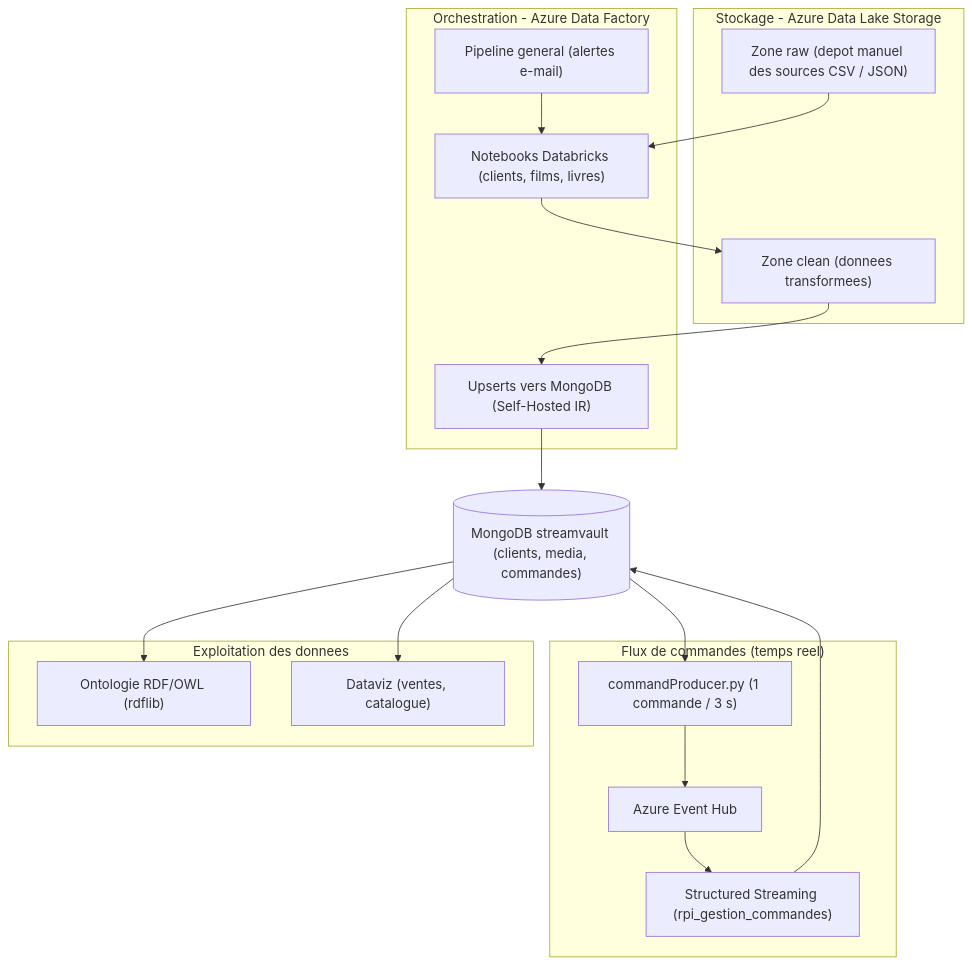
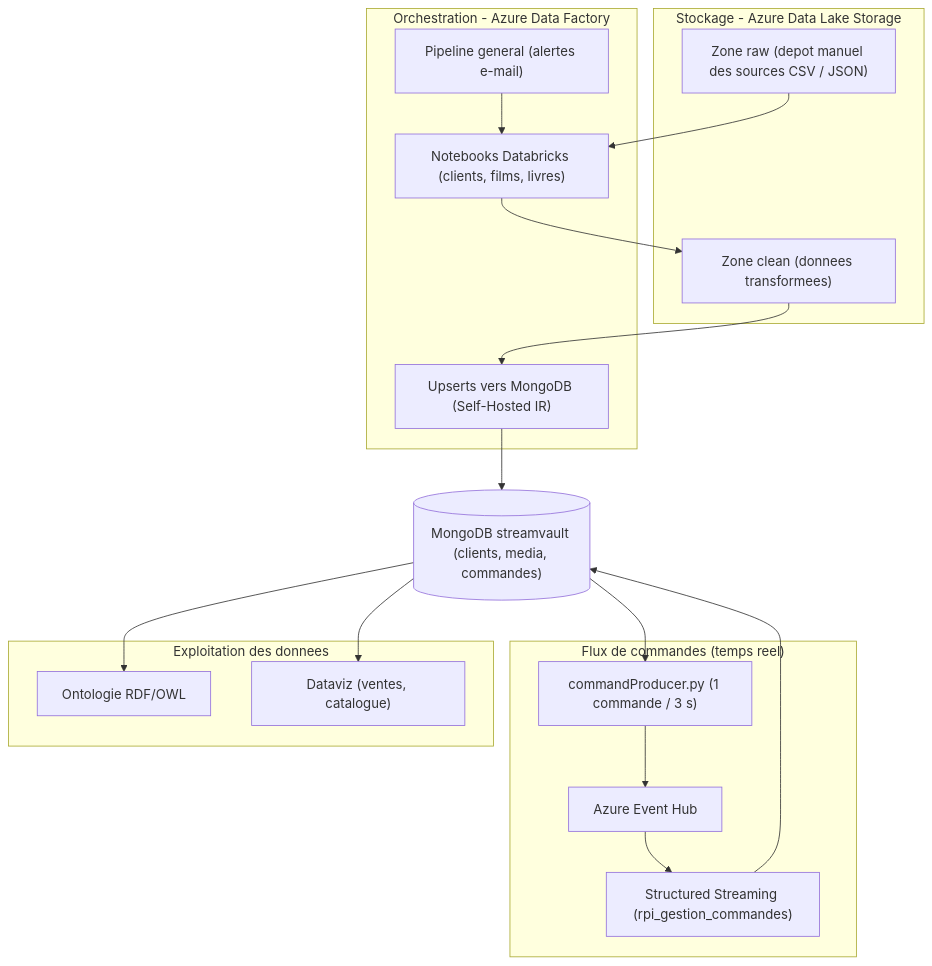
The diagram in README.md (TheRealRPI/simplon-streamvault-pipeline-adf), drawn with Mermaid before and after one commit. The commit also changed other lines of this file and 5 other files, not shown here.

````diff
--- a/README.md
+++ b/README.md
@@ -42,31 +42,31 @@
 ```mermaid
 flowchart TD
     subgraph Stockage["Stockage - Azure Data Lake Storage"]
         RAW["Zone raw (depot manuel des sources CSV / JSON)"]
         CLEAN["Zone clean (donnees transformees)"]
     end
 
     subgraph ADF["Orchestration - Azure Data Factory"]
         GEN["Pipeline general (alertes e-mail)"]
         NBK["Notebooks Databricks (clients, films, livres)"]
         UPS["Upserts vers MongoDB (Self-Hosted IR)"]
     end
 
     subgraph Flux["Flux de commandes (temps reel)"]
         PROD["commandProducer.py (1 commande / 3 s)"]
         EH["Azure Event Hub"]
         STREAM["Structured Streaming (rpi_gestion_commandes)"]
     end
 
     subgraph Exploitation["Exploitation des donnees"]
-        RDF["Ontologie RDF/OWL (rdflib)"]
+        RDF["Ontologie RDF/OWL"]
         VIZ["Dataviz (ventes, catalogue)"]
     end
 
     GEN --> NBK
     RAW --> NBK --> CLEAN --> UPS
     UPS --> MONGO[("MongoDB streamvault (clients, media, commandes)")]
     MONGO --> PROD --> EH --> STREAM --> MONGO
     MONGO --> RDF
     MONGO --> VIZ
 ```
````
